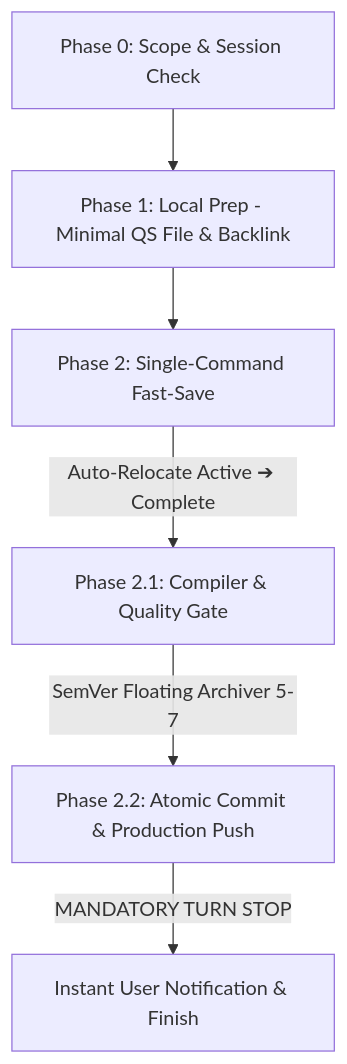
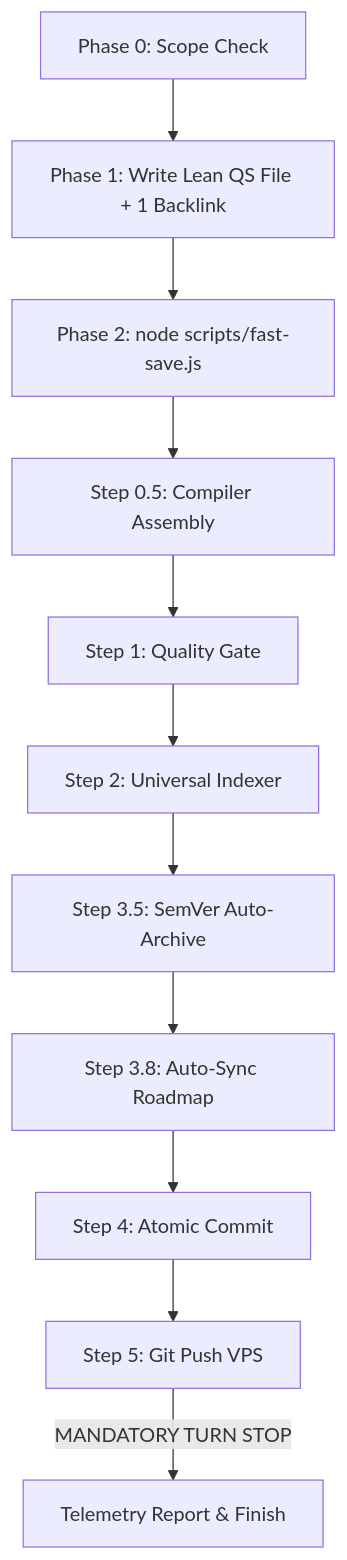
The diagram in Airkeys/.agents/skills/save/SKILL.md (TheDarkXX/MyProjects), drawn with Mermaid before and after one commit. The commit also changed other lines of this file and 63 other files, not shown here.

````diff
--- a/Airkeys/.agents/skills/save/SKILL.md
+++ b/Airkeys/.agents/skills/save/SKILL.md
@@ -48,8 +51,13 @@
 ```mermaid
 graph TD
-    P0[Phase 0: Scope & Session Check] --> P1[Phase 1: Local Prep - Minimal QS File & Backlink]
-    P1 --> P2[Phase 2: Single-Command Fast-Save]
-    P2 -->|Auto-Relocate Active ➔ Complete| P2A[Phase 2.1: Compiler & Quality Gate]
-    P2A -->|SemVer Floating Archiver 5-7| P2B[Phase 2.2: Atomic Commit & Production Push]
-    P2B -->|MANDATORY TURN STOP| P3[Instant User Notification & Finish]
+    P0[Phase 0: Scope Check] --> P1[Phase 1: Write Lean QS File + 1 Backlink]
+    P1 --> P2[Phase 2: node scripts/fast-save.js]
+    P2 --> S05[Step 0.5: Compiler Assembly]
+    S05 --> S1[Step 1: Quality Gate]
+    S1 --> S2[Step 2: Universal Indexer]
+    S2 --> S35[Step 3.5: SemVer Auto-Archive]
+    S35 --> S38[Step 3.8: Auto-Sync Roadmap]
+    S38 --> S4[Step 4: Atomic Commit]
+    S4 --> S5[Step 5: Git Push VPS]
+    S5 -->|MANDATORY TURN STOP| P3[Telemetry Report & Finish]
 ```
````
